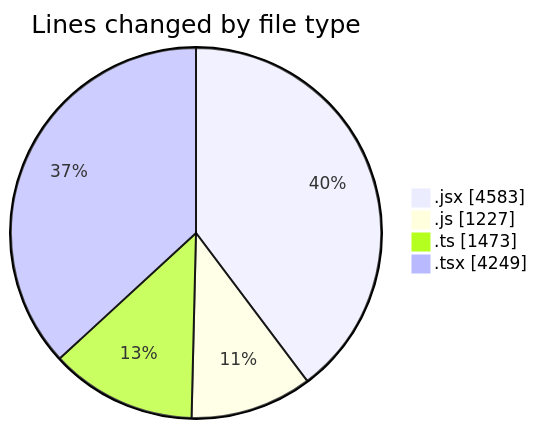
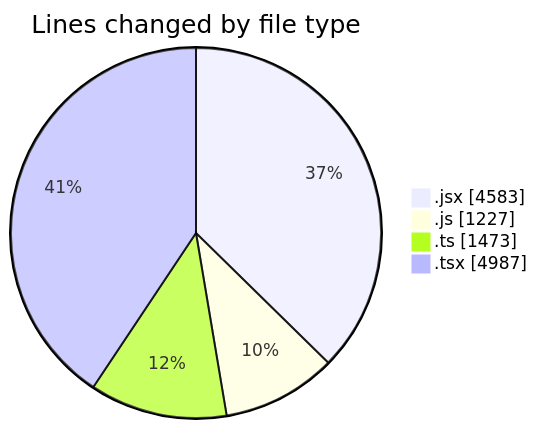
One commit to nxtqubesakshisongat/code-tracking changed the first of 2 diagrams in 2026-01-21/nxtqube_webapp/README.md. Above: the diagram before and after it, drawn with Mermaid. The commit also changed other lines of this file and 1 other file, not shown here.

````diff
--- a/2026-01-21/nxtqube_webapp/README.md
+++ b/2026-01-21/nxtqube_webapp/README.md
@@ -26,8 +27,8 @@
 ```mermaid
 pie showData
 title Lines changed by file type
 ".jsx" : 4583
 ".js" : 1227
 ".ts" : 1473
-".tsx" : 4249
+".tsx" : 4987
 ```
````
